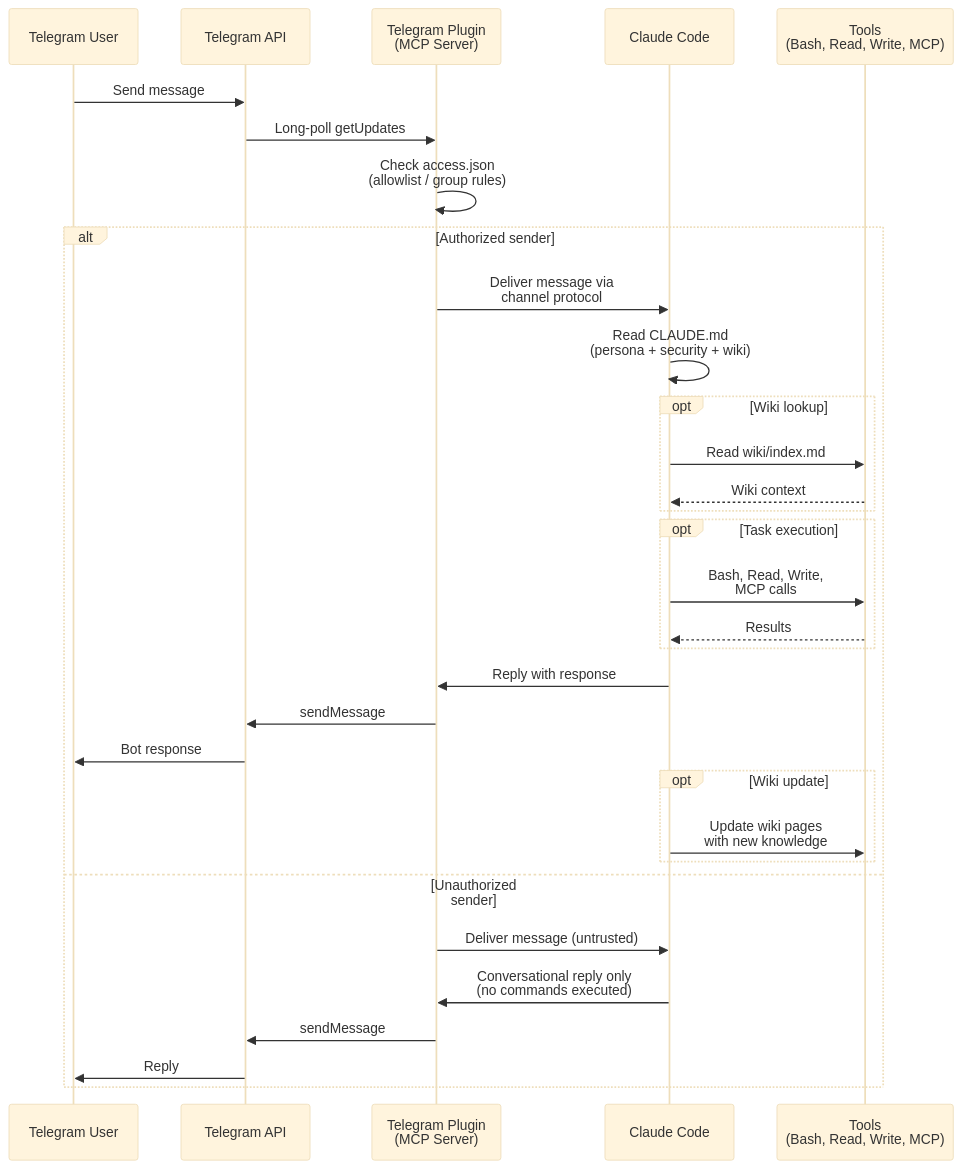
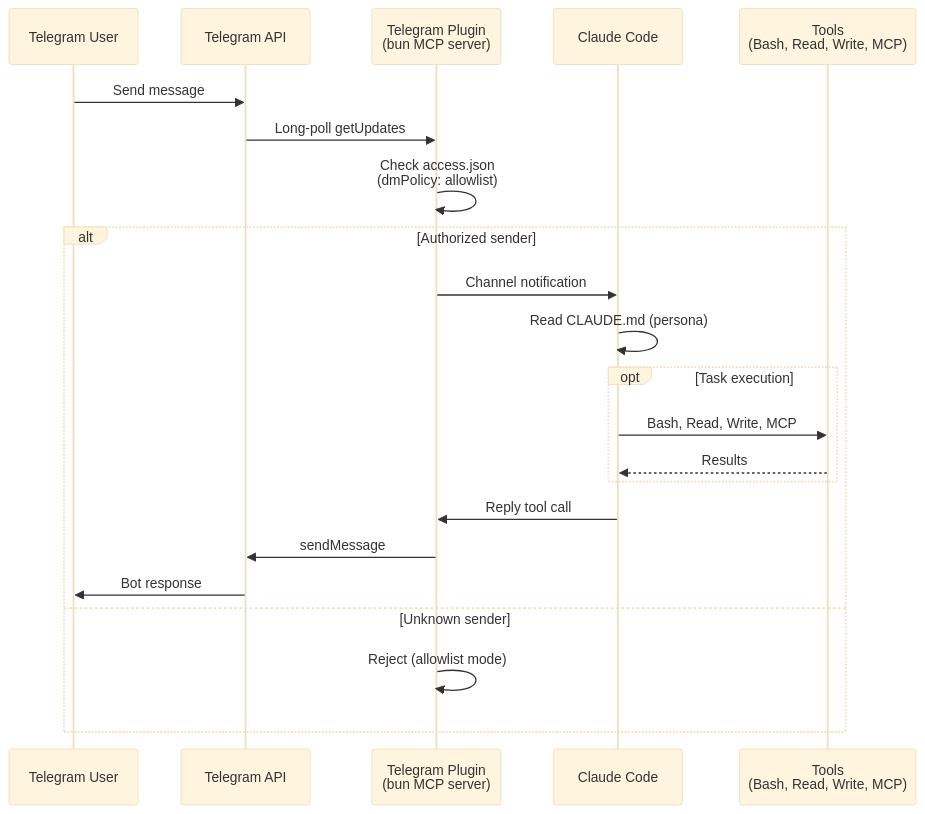
The fourth of 5 diagrams in ARCHITECTURE.md (mmorris35/bottery), drawn with Mermaid (base theme) before and after one commit. The commit also changed other lines of this file, not shown here.

First line of the commit message:
Replace container architecture doc with v2 VM/systemd model

````diff
--- a/ARCHITECTURE.md
+++ b/ARCHITECTURE.md
@@ -205,40 +183,28 @@
 ```mermaid
 sequenceDiagram
     participant User as Telegram User
     participant TG as Telegram API
-    participant Plugin as Telegram Plugin<br/>(MCP Server)
+    participant Plugin as Telegram Plugin<br/>(bun MCP server)
     participant CC as Claude Code
     participant Tools as Tools<br/>(Bash, Read, Write, MCP)
 
     User->>TG: Send message
     TG->>Plugin: Long-poll getUpdates
-    Plugin->>Plugin: Check access.json<br/>(allowlist / group rules)
+    Plugin->>Plugin: Check access.json<br/>(dmPolicy: allowlist)
 
     alt Authorized sender
-        Plugin->>CC: Deliver message via<br/>channel protocol
-        CC->>CC: Read CLAUDE.md<br/>(persona + security + wiki)
-
-        opt Wiki lookup
-            CC->>Tools: Read wiki/index.md
-            Tools-->>CC: Wiki context
-        end
+        Plugin->>CC: Channel notification
+        CC->>CC: Read CLAUDE.md (persona)
 
         opt Task execution
-            CC->>Tools: Bash, Read, Write,<br/>MCP calls
+            CC->>Tools: Bash, Read, Write, MCP
             Tools-->>CC: Results
         end
 
-        CC->>Plugin: Reply with response
+        CC->>Plugin: Reply tool call
         Plugin->>TG: sendMessage
         TG->>User: Bot response
-
-        opt Wiki update
-            CC->>Tools: Update wiki pages<br/>with new knowledge
-        end
-    else Unauthorized sender
-        Plugin->>CC: Deliver message (untrusted)
-        CC->>Plugin: Conversational reply only<br/>(no commands executed)
-        Plugin->>TG: sendMessage
-        TG->>User: Reply
+    else Unknown sender
+        Plugin->>Plugin: Reject (allowlist mode)
     end
 ```
````
